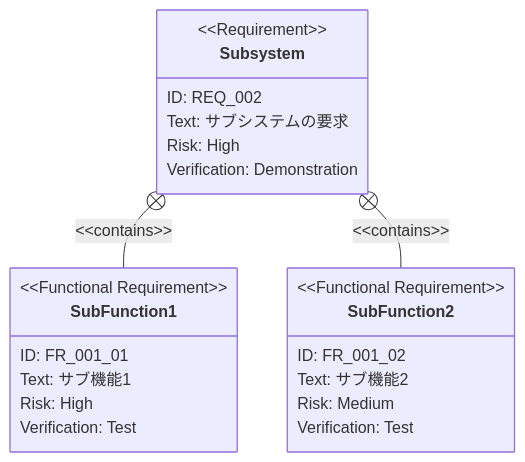
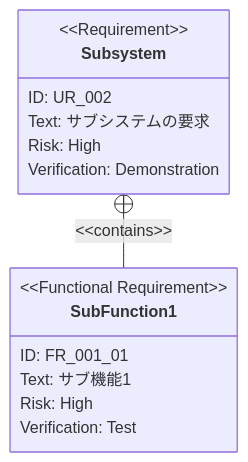
Before and after one commit to ToshikiImagawa/Buruma: the fourth of 4 diagrams in .sdd/PRD_TEMPLATE.md, drawn with Mermaid. The commit also changed other lines of this file and 2 other files, not shown here.

````diff
--- a/.sdd/PRD_TEMPLATE.md
+++ b/.sdd/PRD_TEMPLATE.md
@@ -218,26 +170,18 @@
 ```mermaid
 requirementDiagram
     requirement Subsystem {
-        id: REQ_002
+        id: UR_002
         text: "サブシステムの要求"
         risk: high
         verifymethod: demonstration
     }
 
     functionalRequirement SubFunction1 {
         id: FR_001_01
         text: "サブ機能1"
         risk: high
         verifymethod: test
     }
 
-    functionalRequirement SubFunction2 {
-        id: FR_001_02
-        text: "サブ機能2"
-        risk: medium
-        verifymethod: test
-    }
-
     Subsystem - contains -> SubFunction1
-    Subsystem - contains -> SubFunction2
 ```
````
